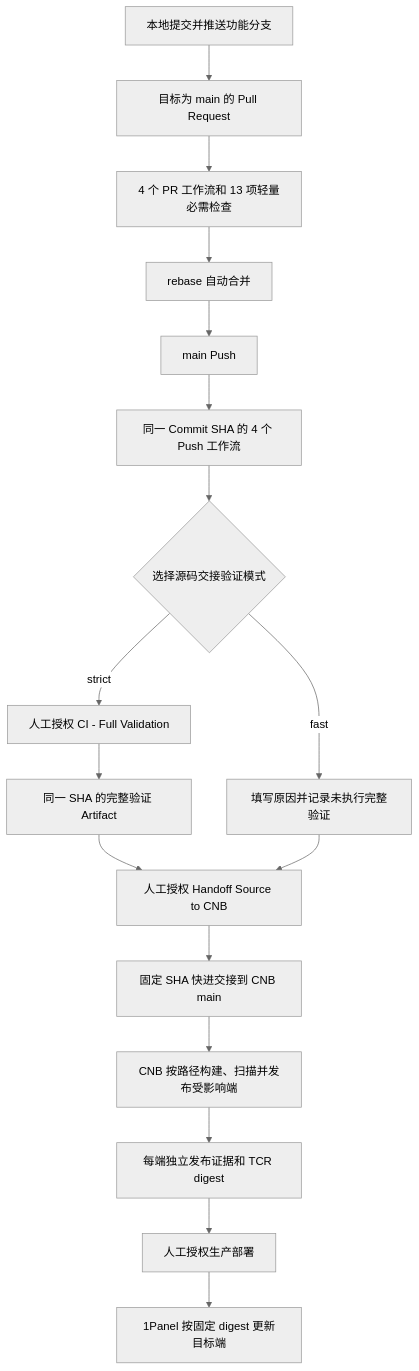
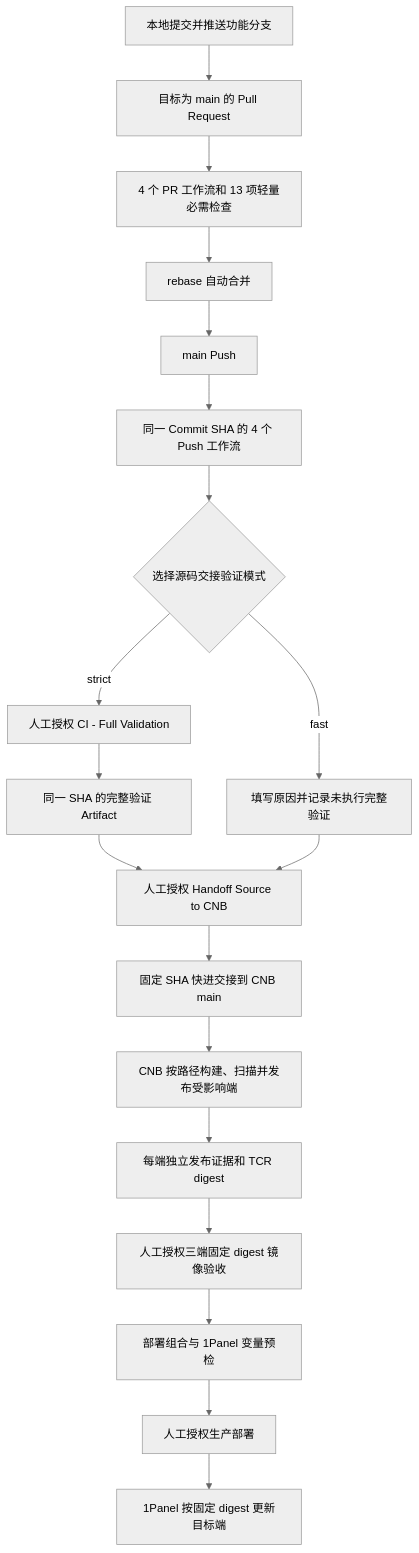
One commit to jinmozhe/pinjie-fullstack-base changed the diagram in docs/operations/github-actions-workflows.md. Above: the diagram before and after it, drawn with Mermaid (neutral theme). The commit also changed other lines of this file and 58 other files, not shown here.

````diff
--- a/docs/operations/github-actions-workflows.md
+++ b/docs/operations/github-actions-workflows.md
@@ -23,19 +24,21 @@
 ```mermaid
 flowchart TD
     A["本地提交并推送功能分支"] --> B["目标为 main 的 Pull Request"]
     B --> C["4 个 PR 工作流和 13 项轻量必需检查"]
     C --> D["rebase 自动合并"]
     D --> E["main Push"]
     E --> G["同一 Commit SHA 的 4 个 Push 工作流"]
     G --> V{"选择源码交接验证模式"}
     V -->|strict| F["人工授权 CI - Full Validation"]
     F --> N["同一 SHA 的完整验证 Artifact"]
     N --> H["人工授权 Handoff Source to CNB"]
     V -->|fast| R["填写原因并记录未执行完整验证"]
     R --> H
     H --> I["固定 SHA 快进交接到 CNB main"]
     I --> J["CNB 按路径构建、扫描并发布受影响端"]
     J --> M["每端独立发布证据和 TCR digest"]
-    M --> K["人工授权生产部署"]
+    M --> Q["人工授权三端固定 digest 镜像验收"]
+    Q --> P["部署组合与 1Panel 变量预检"]
+    P --> K["人工授权生产部署"]
     K --> L["1Panel 按固定 digest 更新目标端"]
 ```
````
